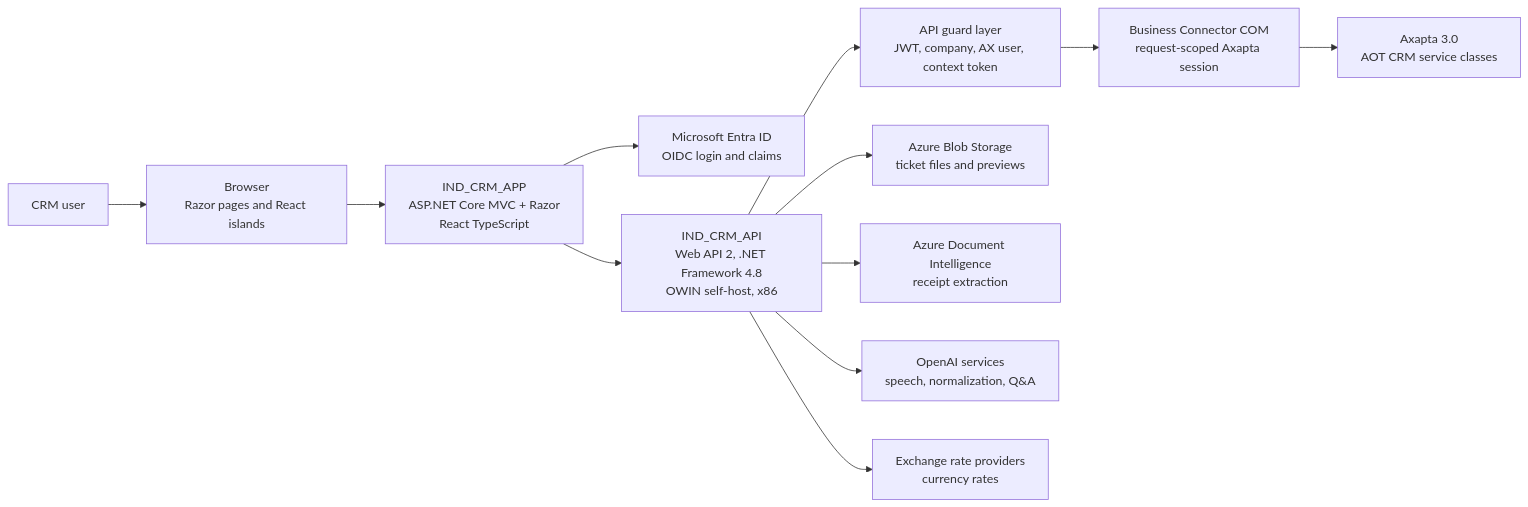
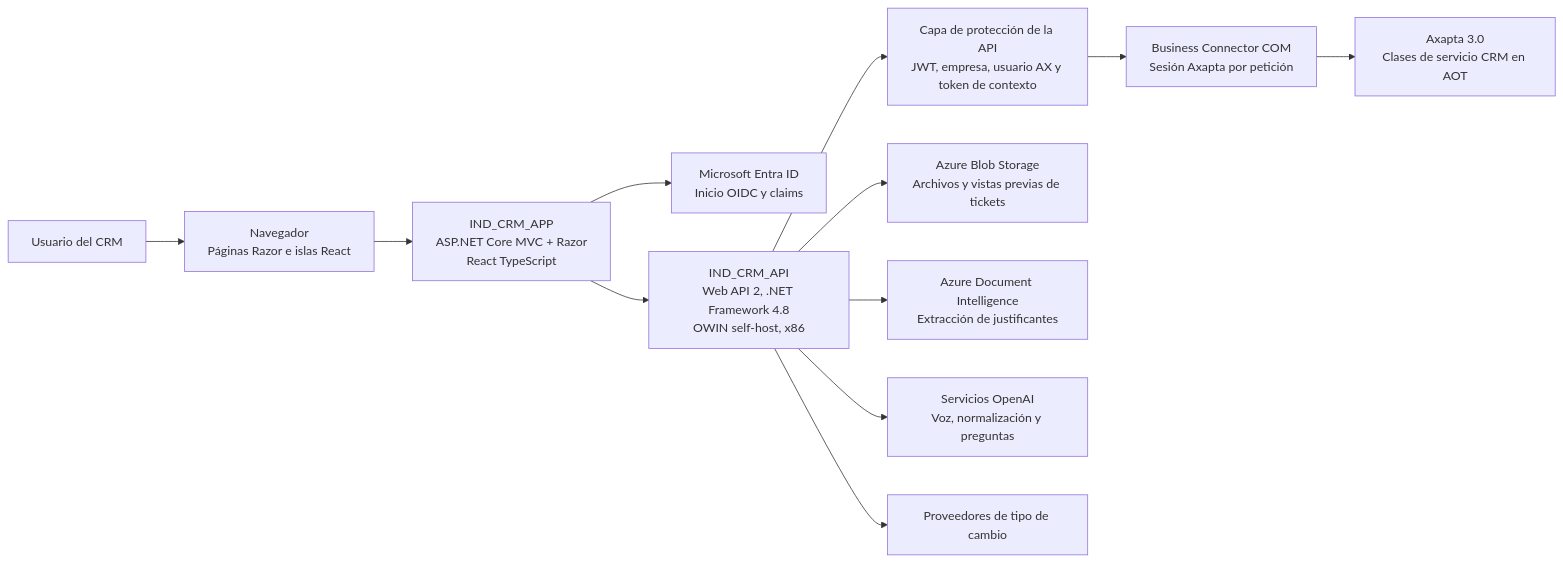
Before and after one commit to INDMAME/IND_CRM_API: the diagram in docs/architecture/diagrams/technical/context/system-context.mmd, drawn with Mermaid. The commit also changed 314 other files, not shown here.

```diff
--- a/docs/architecture/diagrams/technical/context/system-context.mmd
+++ b/docs/architecture/diagrams/technical/context/system-context.mmd
@@ -1,25 +1,25 @@
 flowchart LR
-  User["CRM user"]
-  Browser["Browser<br/>Razor pages and React islands"]
+  User["Usuario del CRM"]
+  Browser["Navegador<br/>Páginas Razor e islas React"]
   WebApp["IND_CRM_APP<br/>ASP.NET Core MVC + Razor<br/>React TypeScript"]
-  Entra["Microsoft Entra ID<br/>OIDC login and claims"]
+  Entra["Microsoft Entra ID<br/>Inicio OIDC y claims"]
   Api["IND_CRM_API<br/>Web API 2, .NET Framework 4.8<br/>OWIN self-host, x86"]
-  Guard["API guard layer<br/>JWT, company, AX user, context token"]
-  Bc["Business Connector COM<br/>request-scoped Axapta session"]
-  Ax["Axapta 3.0<br/>AOT CRM service classes"]
-  Blob["Azure Blob Storage<br/>ticket files and previews"]
-  Ocr["Azure Document Intelligence<br/>receipt extraction"]
-  Ai["OpenAI services<br/>speech, normalization, Q&A"]
-  Fx["Exchange rate providers<br/>currency rates"]
+  Guard["Capa de protección de la API<br/>JWT, empresa, usuario AX y token de contexto"]
+  Bc["Business Connector COM<br/>Sesión Axapta por petición"]
+  Ax["Axapta 3.0<br/>Clases de servicio CRM en AOT"]
+  Blob["Azure Blob Storage<br/>Archivos y vistas previas de tickets"]
+  Ocr["Azure Document Intelligence<br/>Extracción de justificantes"]
+  Ai["Servicios OpenAI<br/>Voz, normalización y preguntas"]
+  Fx["Proveedores de tipo de cambio"]
 
   User --> Browser
   Browser --> WebApp
   WebApp --> Entra
   WebApp --> Api
   Api --> Guard
   Guard --> Bc
   Bc --> Ax
   Api --> Blob
   Api --> Ocr
   Api --> Ai
   Api --> Fx
```
